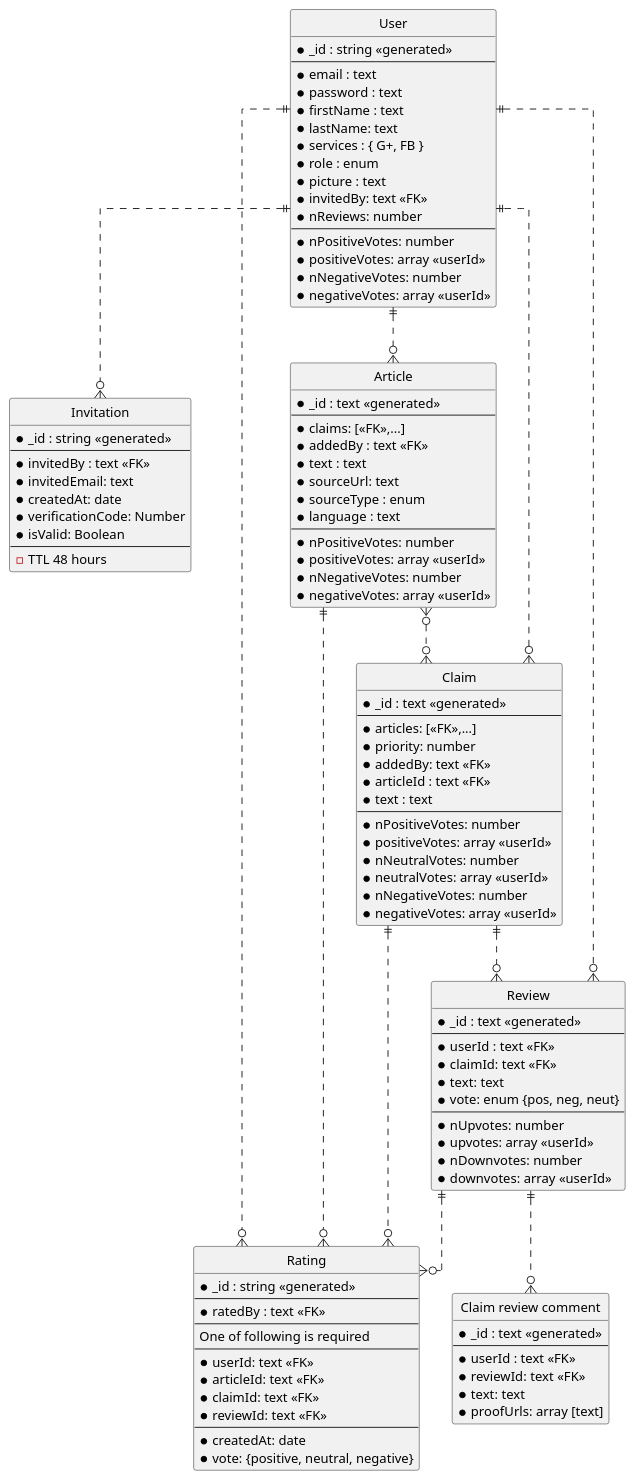
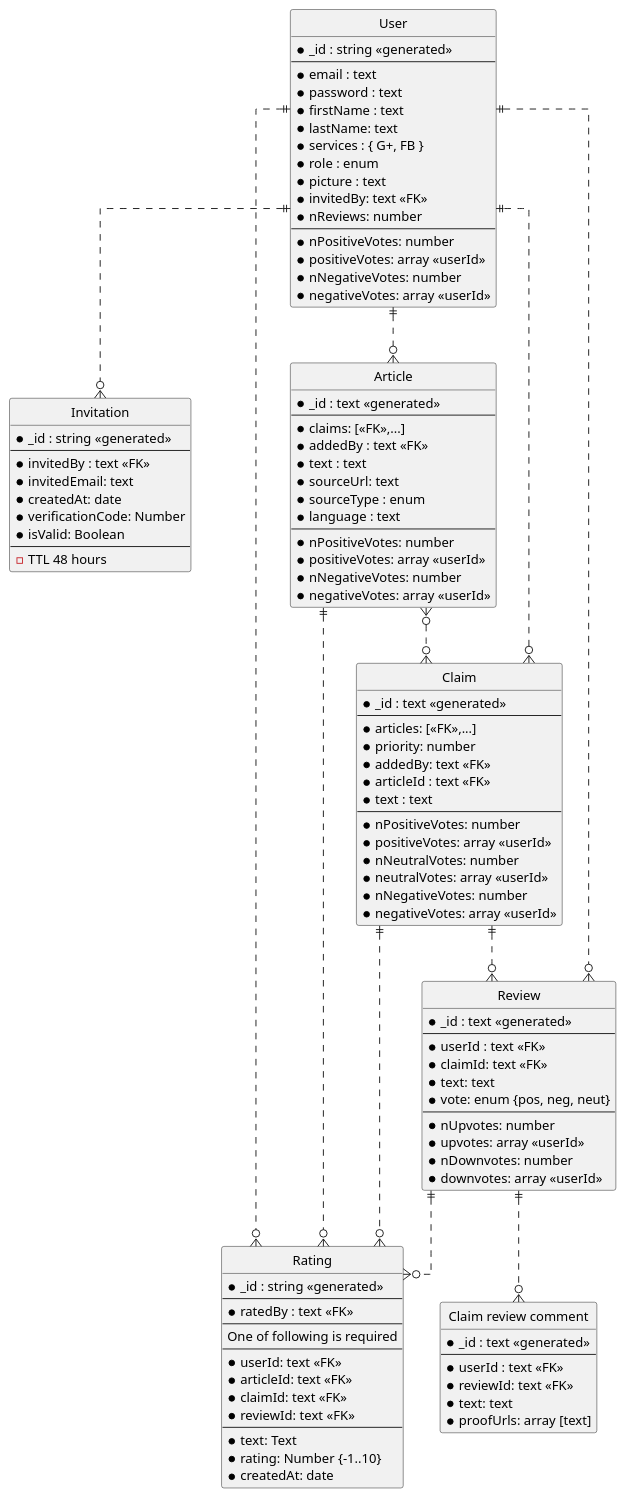
One commit to aic-factcheck/fact_checking_be changed the diagram in sys_docs/entity_relations.puml. Above: the diagram before and after it, drawn with PlantUML. The commit also changed 6 other files, not shown here.

```diff
--- a/sys_docs/entity_relations.puml
+++ b/sys_docs/entity_relations.puml
@@ -1,122 +1,123 @@
 @startuml
 ' hide the spot
 hide circle
 
 ' avoid problems with angled crows feet
 skinparam linetype ortho
 
 entity "User" as user {
   *_id : string <<generated>>
   --
   *email : text
   *password : text
   *firstName : text
   *lastName: text
   *services : { G+, FB }
   *role : enum
   *picture : text
   *invitedBy: text <<FK>>
   *nReviews: number
   --
   *nPositiveVotes: number
   *positiveVotes: array <<userId>>
   *nNegativeVotes: number
   *negativeVotes: array <<userId>>
 }
 
 entity "Invitation" as inv {
   *_id : string <<generated>>
   --
   *invitedBy : text <<FK>>
   *invitedEmail: text
   *createdAt: date
   *verificationCode: Number
   *isValid: Boolean
   --
   - TTL 48 hours
 }
 
 entity "Rating" as rating {
   *_id : string <<generated>>
   --
   *ratedBy : text <<FK>>
   --
   One of following is required
   --
   *userId: text <<FK>>
   *articleId: text <<FK>>
   *claimId: text <<FK>>
   *reviewId: text <<FK>>
   --
+  *text: Text
+  *rating: Number {-1..10}
   *createdAt: date
-  *vote: {positive, neutral, negative}
 }
 
 entity "Article" as article {
   *_id : text <<generated>>
   --
   *claims: [<<FK>>,...]
   *addedBy : text <<FK>>
   *text : text
   *sourceUrl: text
   *sourceType : enum
   *language : text
   --
   *nPositiveVotes: number
   *positiveVotes: array <<userId>>
   *nNegativeVotes: number
   *negativeVotes: array <<userId>>
 }
 
 entity "Claim" as claim {
   *_id : text <<generated>>
   --
   *articles: [<<FK>>,...]
   *priority: number
   *addedBy: text <<FK>>
   *articleId : text <<FK>>
   *text : text
   --
   *nPositiveVotes: number
   *positiveVotes: array <<userId>>
   *nNeutralVotes: number
   *neutralVotes: array <<userId>>
   *nNegativeVotes: number
   *negativeVotes: array <<userId>>
 }
 
 entity "Review" as review {
   *_id : text <<generated>>
   --
   *userId : text <<FK>>
   *claimId: text <<FK>>
   *text: text
   *vote: enum {pos, neg, neut}
   --
   *nUpvotes: number
   *upvotes: array <<userId>>
   *nDownvotes: number
   *downvotes: array <<userId>>
 }
 
 entity "Claim review comment" as claimReviewComment {
   *_id : text <<generated>>
   --
   *userId : text <<FK>>
   *reviewId: text <<FK>>
   *text: text
   *proofUrls: array [text] 
 }
 
 user ||..o{ article
 user ||..o{ inv
 article }o..o{ claim
 article ||..o{ rating
 user ||..o{ review
 user ||..o{ rating
 claim ||..o{ review
 claim }o..|| user
 claim ||..o{ rating
 review ||..o{ claimReviewComment
 review ||..o{ rating
 @enduml
```
